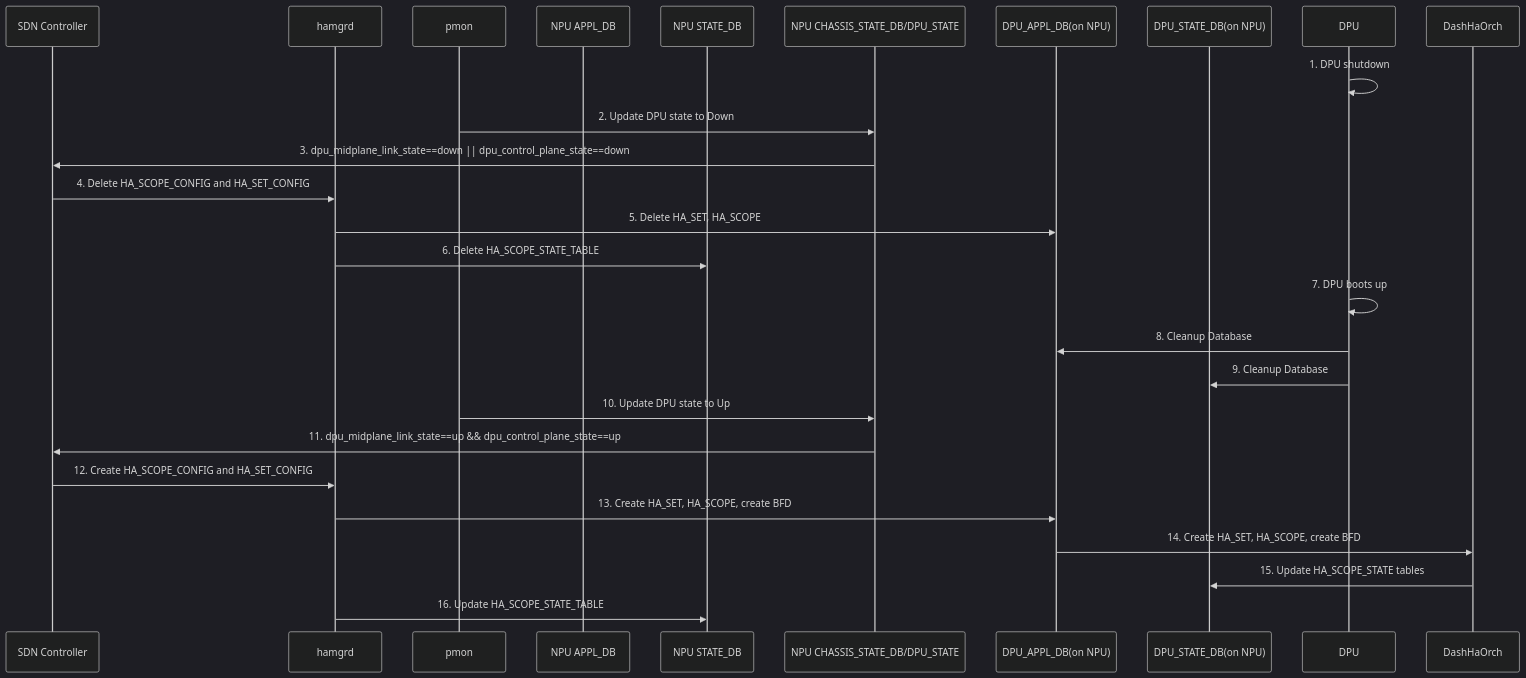
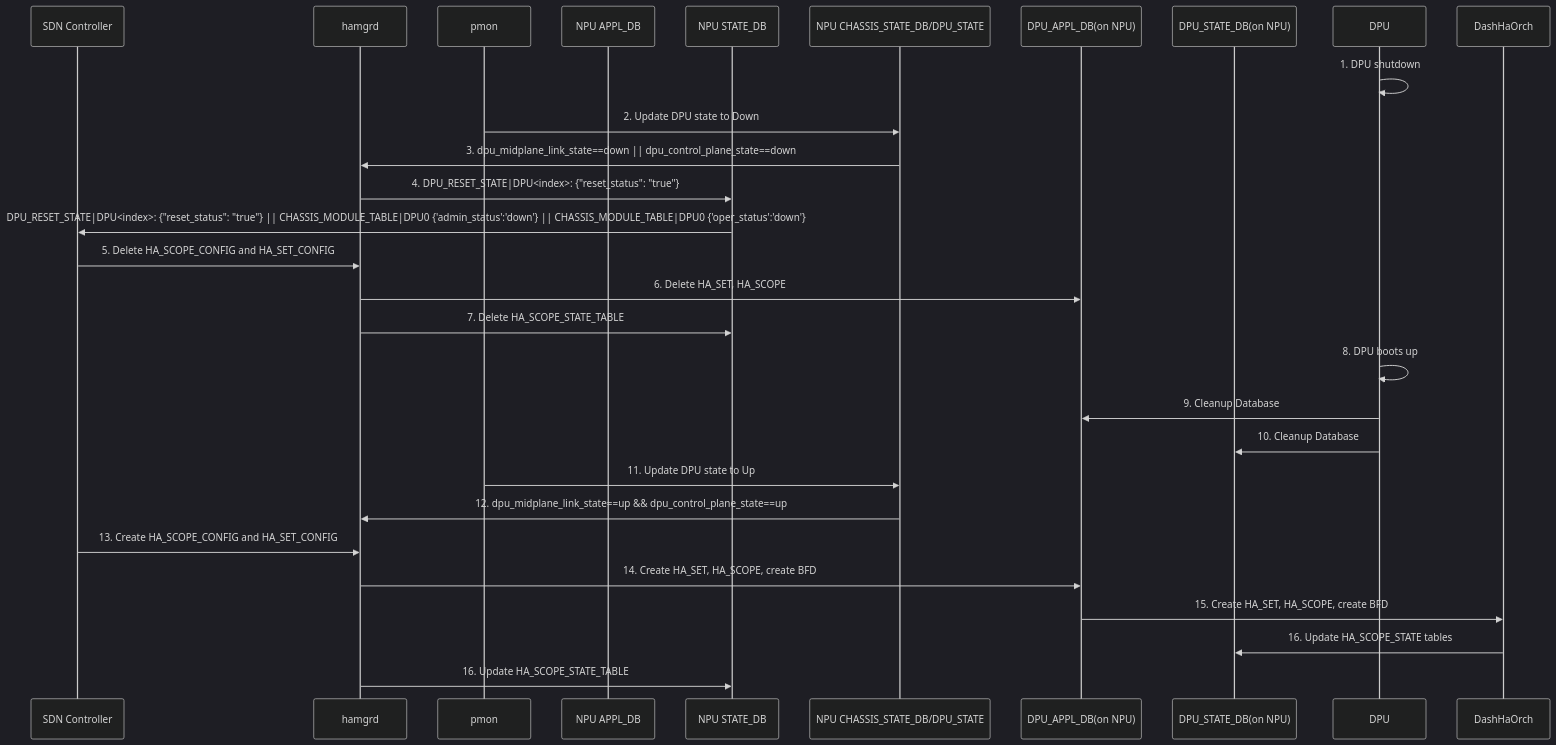
The diagram in doc/smart-switch/high-availability/dpu_reboot.md (sonic-net/SONiC), drawn with Mermaid (dark theme) before and after one commit. The commit also changed other lines of this file, not shown here.

Commit message:
update per offline

````diff
--- a/doc/smart-switch/high-availability/dpu_reboot.md
+++ b/doc/smart-switch/high-availability/dpu_reboot.md
@@ -21,33 +27,35 @@
 ```mermaid
 sequenceDiagram
     participant SDN Controller
     participant hamgrd
     participant pmon
     participant NPU APPL_DB
     participant NPU STATE_DB
     participant NPU CHASSIS_STATE_DB/DPU_STATE
     participant DPU_APPL_DB(on NPU)
     participant DPU_STATE_DB(on NPU)
     participant DPU
     participant DashHaOrch
 
     DPU->>DPU: 1. DPU shutdown
     pmon->>NPU CHASSIS_STATE_DB/DPU_STATE: 2. Update DPU state to Down
-    NPU CHASSIS_STATE_DB/DPU_STATE->>SDN Controller: 3. dpu_midplane_link_state==down || dpu_control_plane_state==down
-    SDN Controller->>hamgrd: 4. Delete HA_SCOPE_CONFIG and HA_SET_CONFIG
-    hamgrd->>DPU_APPL_DB(on NPU): 5. Delete HA_SET, HA_SCOPE
-    hamgrd->>NPU STATE_DB: 6. Delete HA_SCOPE_STATE_TABLE
+    NPU CHASSIS_STATE_DB/DPU_STATE->>hamgrd: 3. dpu_midplane_link_state==down || dpu_control_plane_state==down
+    hamgrd->>NPU STATE_DB: 4. DPU_RESET_STATE|DPU<index>: {"reset_status": "true"}
+    NPU STATE_DB->>SDN Controller: DPU_RESET_STATE|DPU<index>: {"reset_status": "true"} || CHASSIS_MODULE_TABLE|DPU0 {'admin_status':'down'} || CHASSIS_MODULE_TABLE|DPU0 {'oper_status':'down'} 
+    SDN Controller->>hamgrd: 5. Delete HA_SCOPE_CONFIG and HA_SET_CONFIG
+    hamgrd->>DPU_APPL_DB(on NPU): 6. Delete HA_SET, HA_SCOPE
+    hamgrd->>NPU STATE_DB: 7. Delete HA_SCOPE_STATE_TABLE
     
-    DPU->>DPU: 7. DPU boots up 
-    DPU->>DPU_APPL_DB(on NPU): 8. Cleanup Database
-    DPU->>DPU_STATE_DB(on NPU): 9. Cleanup Database
+    DPU->>DPU: 8. DPU boots up 
+    DPU->>DPU_APPL_DB(on NPU): 9. Cleanup Database
+    DPU->>DPU_STATE_DB(on NPU): 10. Cleanup Database
 
-    pmon->>NPU CHASSIS_STATE_DB/DPU_STATE: 10. Update DPU state to Up
-    NPU CHASSIS_STATE_DB/DPU_STATE->>SDN Controller: 11. dpu_midplane_link_state==up && dpu_control_plane_state==up
+    pmon->>NPU CHASSIS_STATE_DB/DPU_STATE: 11. Update DPU state to Up
+    NPU CHASSIS_STATE_DB/DPU_STATE->>hamgrd: 12. dpu_midplane_link_state==up && dpu_control_plane_state==up
 
-    SDN Controller->>hamgrd: 12. Create HA_SCOPE_CONFIG and HA_SET_CONFIG
-    hamgrd->>DPU_APPL_DB(on NPU): 13. Create HA_SET, HA_SCOPE, create BFD
-    DPU_APPL_DB(on NPU)->>DashHaOrch: 14. Create HA_SET, HA_SCOPE, create BFD
-    DashHaOrch->>DPU_STATE_DB(on NPU): 15. Update HA_SCOPE_STATE tables
+    SDN Controller->>hamgrd: 13. Create HA_SCOPE_CONFIG and HA_SET_CONFIG
+    hamgrd->>DPU_APPL_DB(on NPU): 14. Create HA_SET, HA_SCOPE, create BFD
+    DPU_APPL_DB(on NPU)->>DashHaOrch: 15. Create HA_SET, HA_SCOPE, create BFD
+    DashHaOrch->>DPU_STATE_DB(on NPU): 16. Update HA_SCOPE_STATE tables
     hamgrd->>NPU STATE_DB: 16. Update HA_SCOPE_STATE_TABLE
 ```
````
